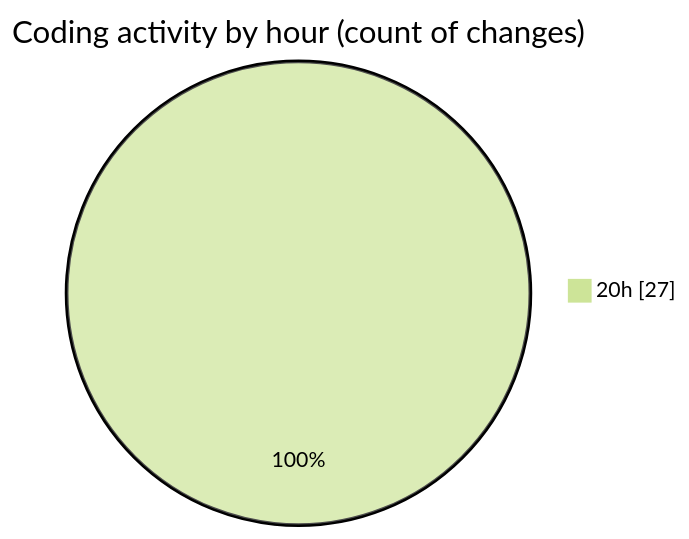
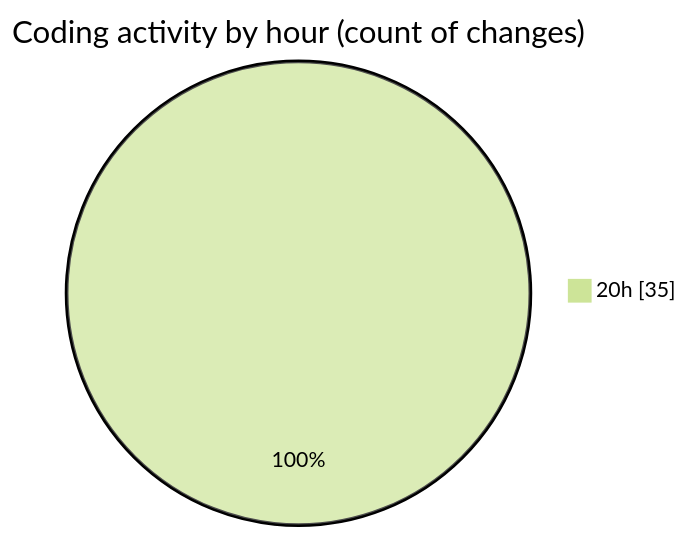
The second of 2 diagrams in 2025-03-31/echo/README.md (Netris89/code-tracking), drawn with Mermaid (forest theme) before and after one commit. The commit also changed other lines of this file and 1 other file, not shown here.

````diff
--- a/2025-03-31/echo/README.md
+++ b/2025-03-31/echo/README.md
@@ -28,5 +28,5 @@
 ```mermaid
 pie showData
 title Coding activity by hour (count of changes)
-"20h" : 27
+"20h" : 35
 ```
````
